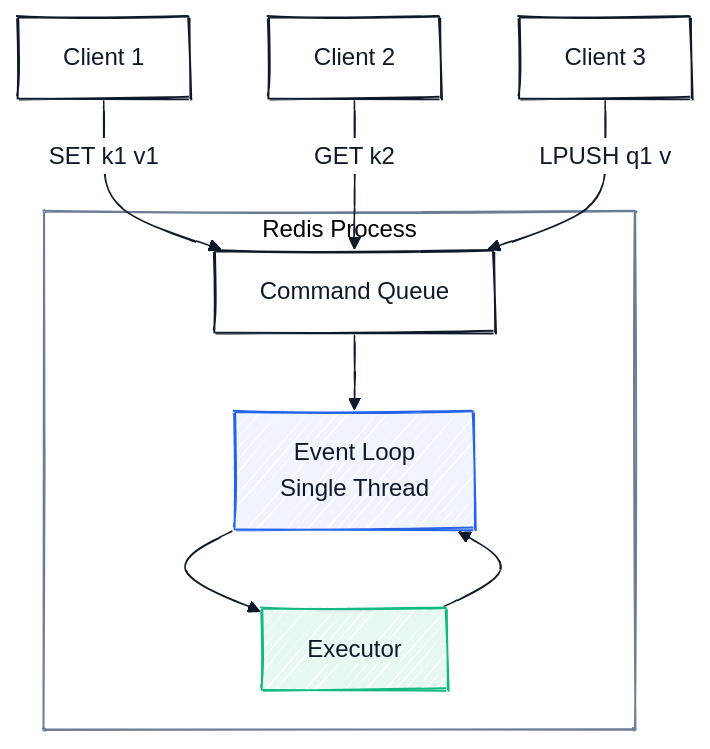
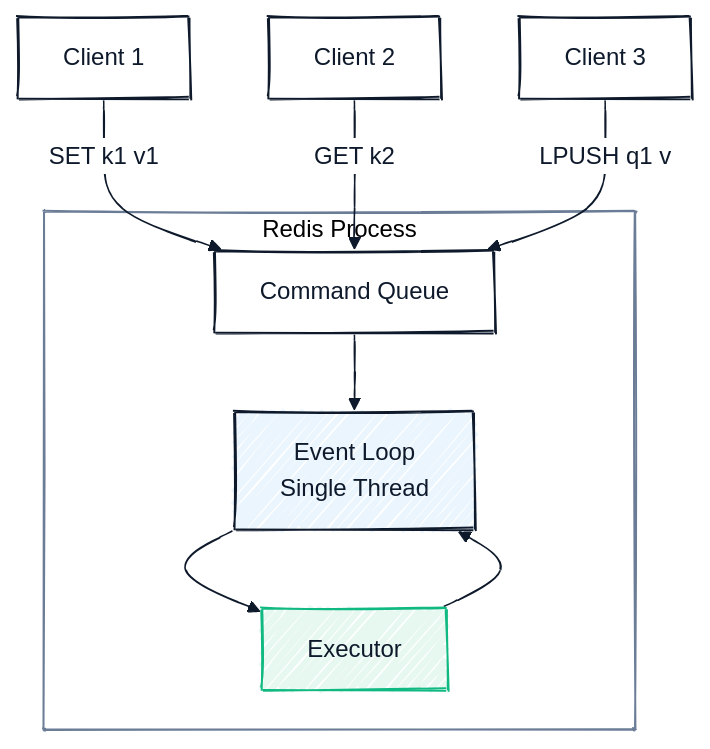
Before and after one commit to cartmancodes/InterviewVault: the second of 13 diagrams in LLD/CoreConcepts/Redis.md, drawn with Mermaid. The commit also changed other lines of this file and 7 other files, not shown here.

````diff
--- a/LLD/CoreConcepts/Redis.md
+++ b/LLD/CoreConcepts/Redis.md
@@ -98,33 +98,33 @@
 ```mermaid
 ---
 config:
   look: handDrawn
   handDrawnSeed: 7
   theme: base
   themeVariables:
     primaryColor: "#FFFFFF"
     primaryBorderColor: "#0E1A2B"
     primaryTextColor: "#0E1A2B"
     lineColor: "#0E1A2B"
     clusterBkg: "#FFFFFF"
     clusterBorder: "#6B7C96"
     edgeLabelBackground: "#FFFFFF"
 ---
 graph TB
     subgraph "Redis Process"
         EL[Event Loop<br/>Single Thread]
         Q[Command Queue]
         EX[Executor]
 
         Q --> EL
         EL --> EX
         EX --> EL
     end
 
     C1[Client 1] -->|SET k1 v1| Q
     C2[Client 2] -->|GET k2| Q
     C3[Client 3] -->|LPUSH q1 v| Q
 
-    style EL fill:#F0F4FF,stroke:#2563EB
+    style EL fill:#EAF5FD,stroke:#0E1A2B
     style EX fill:#E7F8F1,stroke:#10B981
 ```
````
